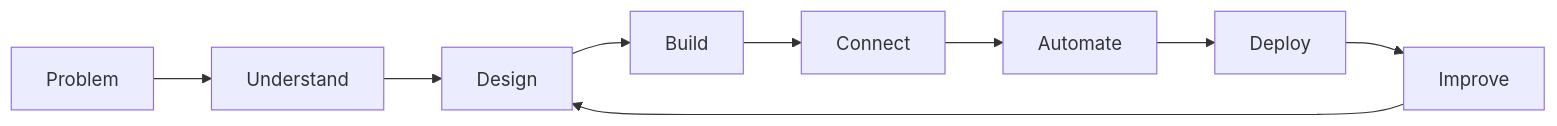
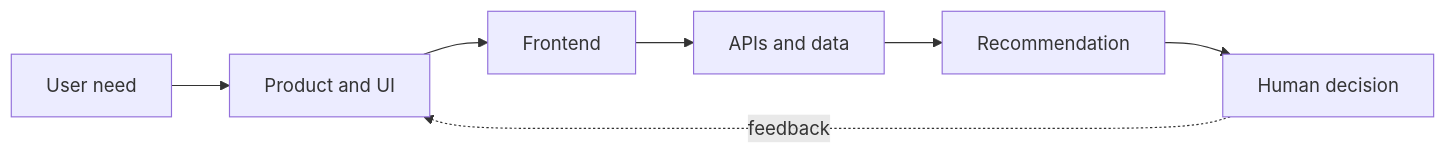
One commit to Selaseyjr/Selaseyjr changed the diagram in README.md. Above: the diagram before and after it, drawn with Mermaid. The commit also changed other lines of this file, not shown here.

````diff
--- a/README.md
+++ b/README.md
@@ -57,11 +21,9 @@
 ```mermaid
 flowchart LR
-    A[Problem] --> B[Understand]
-    B --> C[Design]
-    C --> D[Build]
-    D --> E[Connect]
-    E --> F[Automate]
-    F --> G[Deploy]
-    G --> H[Improve]
-    H --> C
+    A[User need] --> B[Product and UI]
+    B --> C[Frontend]
+    C --> D[APIs and data]
+    D --> E[Recommendation]
+    E --> F[Human decision]
+    F -. feedback .-> B
 ```
````
